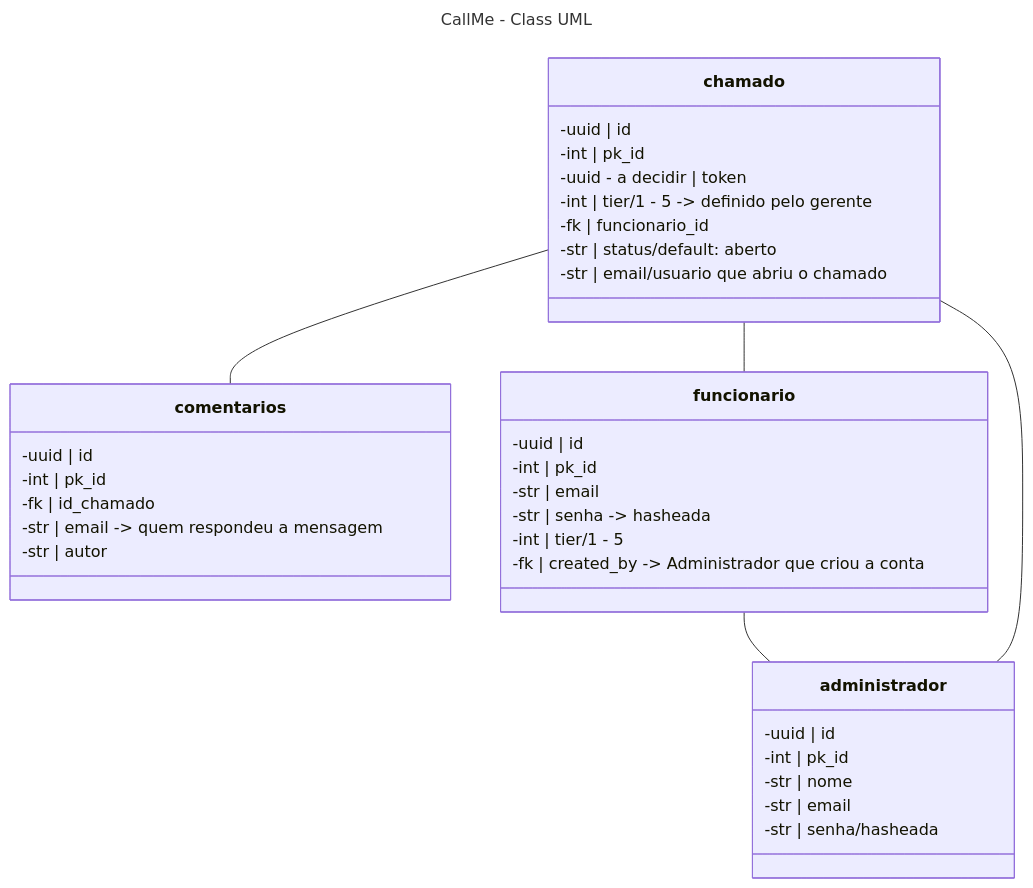
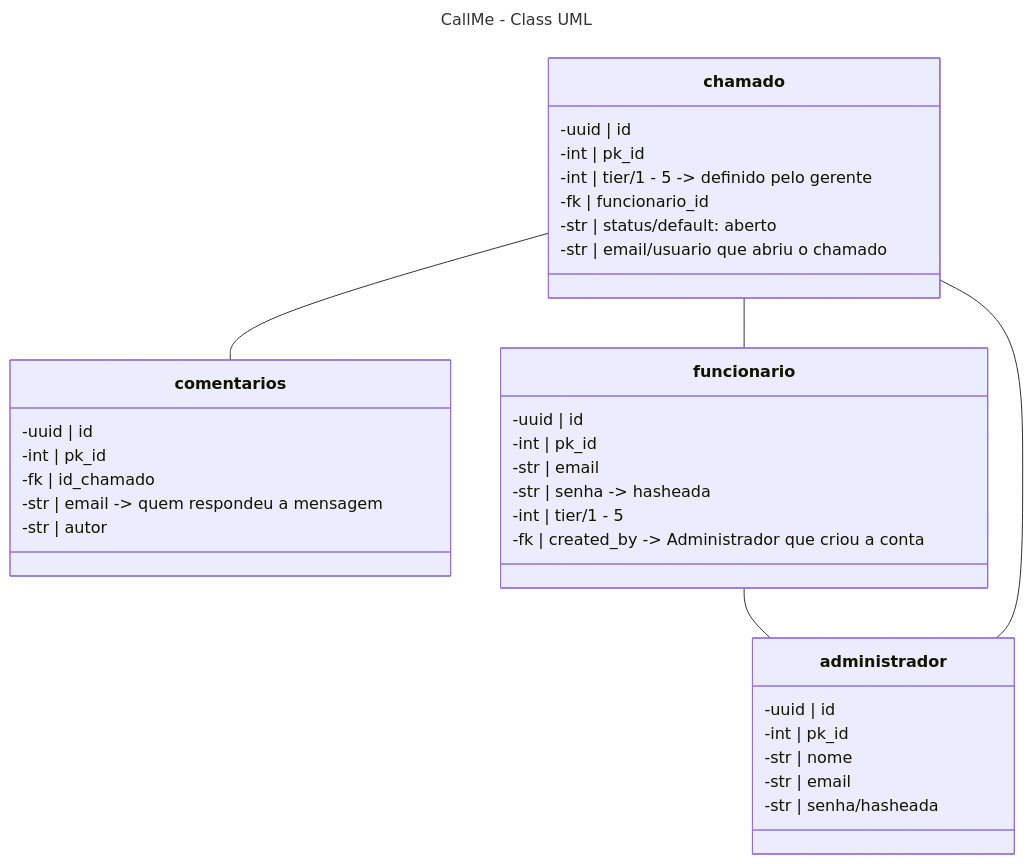
The diagram in docs/diagrama_er.md (ifmt-cba/callme), drawn with Mermaid before and after one commit.

Commit message:
docs: Refactor ear.md

````diff
--- a/docs/diagrama_er.md
+++ b/docs/diagrama_er.md
@@ -1,41 +1,40 @@
 ```mermaid
 ---
 title: CallMe - Class UML
 ---
 classDiagram
     chamado -- comentarios
     chamado -- funcionario
     funcionario -- administrador
     administrador -- chamado
     class comentarios{
         -uuid | id
         -int  | pk_id
         -fk | id_chamado
         -str | email -> quem respondeu a mensagem
         -str | autor
     }
     class chamado{
         -uuid | id
         -int | pk_id
-        -uuid - a decidir | token
         -int | tier/1 - 5 -> definido pelo gerente
         -fk | funcionario_id
         -str | status/default: aberto
         -str | email/usuario que abriu o chamado
     }
     class funcionario{
         -uuid | id
         -int | pk_id
         -str | email
         -str | senha -> hasheada
         -int | tier/1 - 5
         -fk | created_by -> Administrador que criou a conta
     }
     class administrador{
         -uuid | id
         -int | pk_id
         -str | nome
         -str | email
         -str | senha/hasheada
     }
 ```
````
